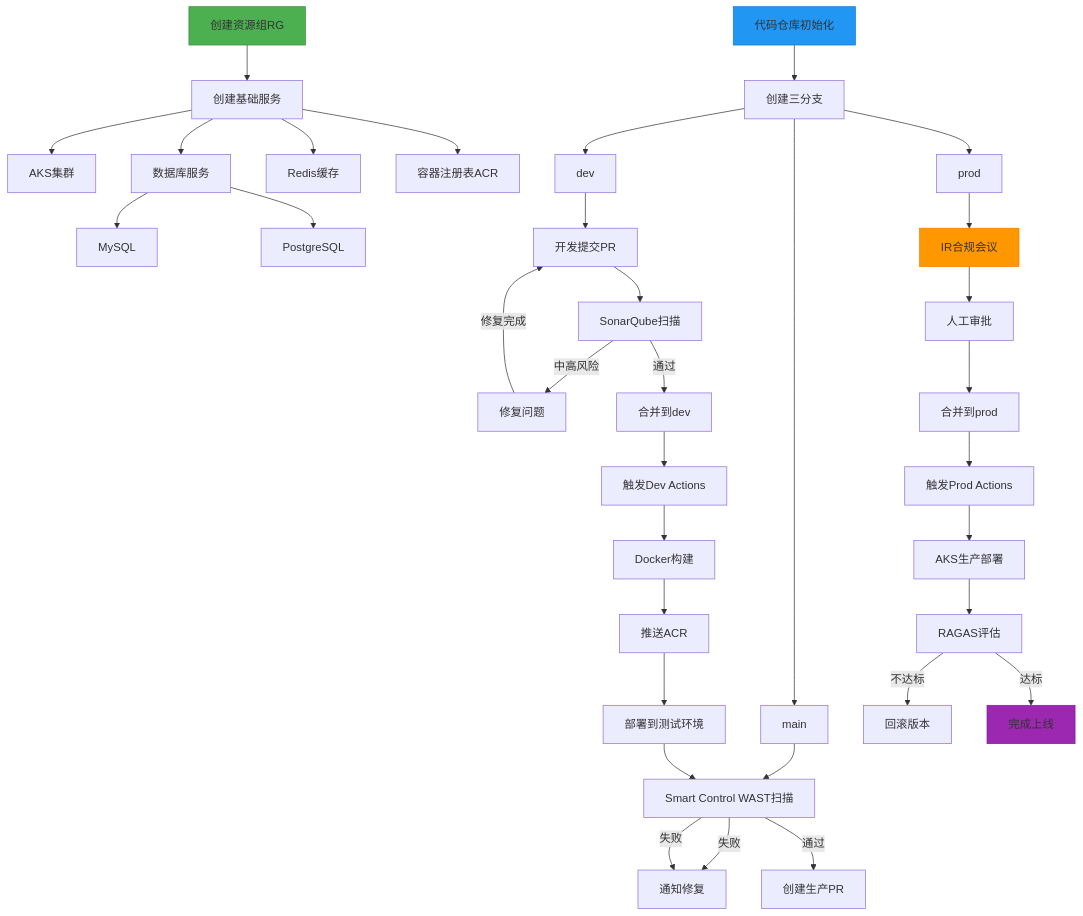
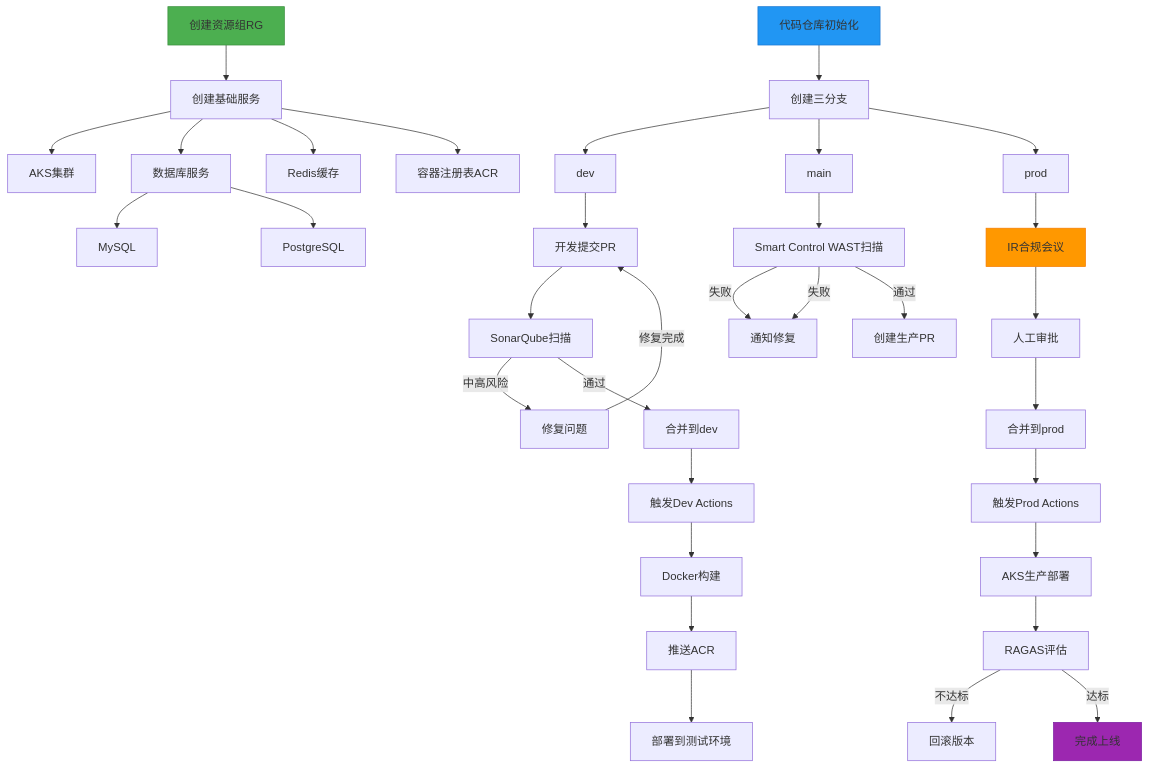
The diagram in all/未命名-1.md (funnyData/iodraw-files), drawn with Mermaid before and after one commit.

Commit message:
2025-02-27 09:11:48 update

````diff
--- a/all/未命名-1.md
+++ b/all/未命名-1.md
@@ -1,54 +1,54 @@
 ```mermaid
 graph TD
     A[创建资源组RG] --> B[创建基础服务]
     B --> C[AKS集群]
     B --> D[数据库服务]
     D --> DA[MySQL]
     D --> DB[PostgreSQL]
     B --> E[Redis缓存]
     B --> F[容器注册表ACR]
     
     G[代码仓库初始化] --> H[创建三分支]
     H --> I[dev]
     H --> J[main]
     H --> K[prod]
     K --> W[IR合规会议]
     J --> T[Smart Control WAST扫描]
     T -->|失败| U[通知修复]
     I --> L[开发提交PR]
     L --> M[SonarQube扫描]
     M -->|中高风险| N[修复问题]
     N -->|修复完成|L
     M -->|通过| O[合并到dev]
     
     O --> P[触发Dev Actions]
     P --> Q[Docker构建]
     Q --> R[推送ACR]
     R --> S[部署到测试环境]
     
-    S --> T[Smart Control WAST扫描]
+    %% S --> T[Smart Control WAST扫描]
     T -->|失败| U[通知修复]
 
     
     T -->|通过| V[创建生产PR]
 
     
     %% V --> W[IR合规会议]
     W --> X[人工审批]
     X --> Y[合并到prod]
     
     Y --> Z[触发Prod Actions]
     Z --> AC[AKS生产部署]
     %% Z --> AA[安全扫描]
     %% AA -->|高风险| AB[终止部署]
     %% AA -->|通过| AC[AKS生产部署]
     
     AC --> AD[RAGAS评估]
     AD -->|不达标| AE[回滚版本]
     AD -->|达标| AF[完成上线]
     
     style A fill:#4CAF50,stroke:#388E3C
     style G fill:#2196F3,stroke:#1976D2
     style W fill:#FF9800,stroke:#F57C00
     style AF fill:#9C27B0,stroke:#7B1FA2
 ```
````
